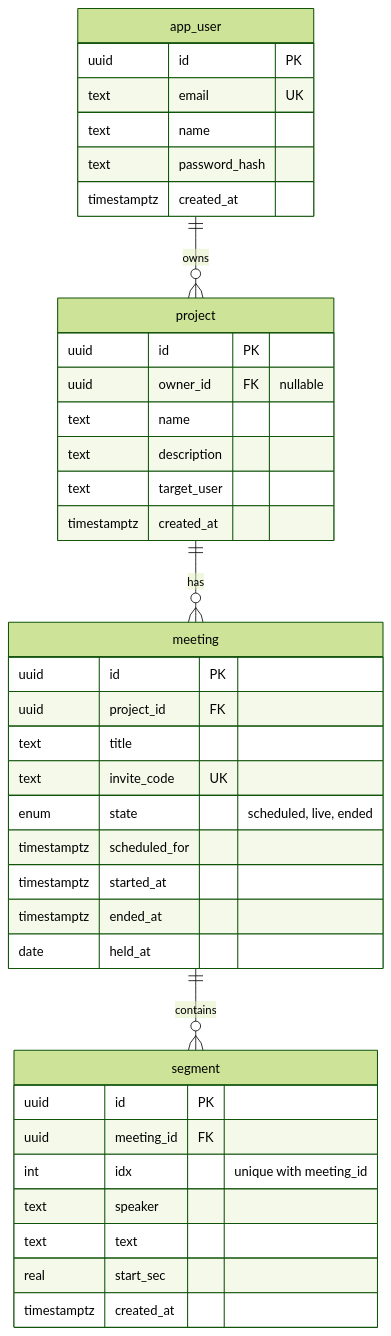
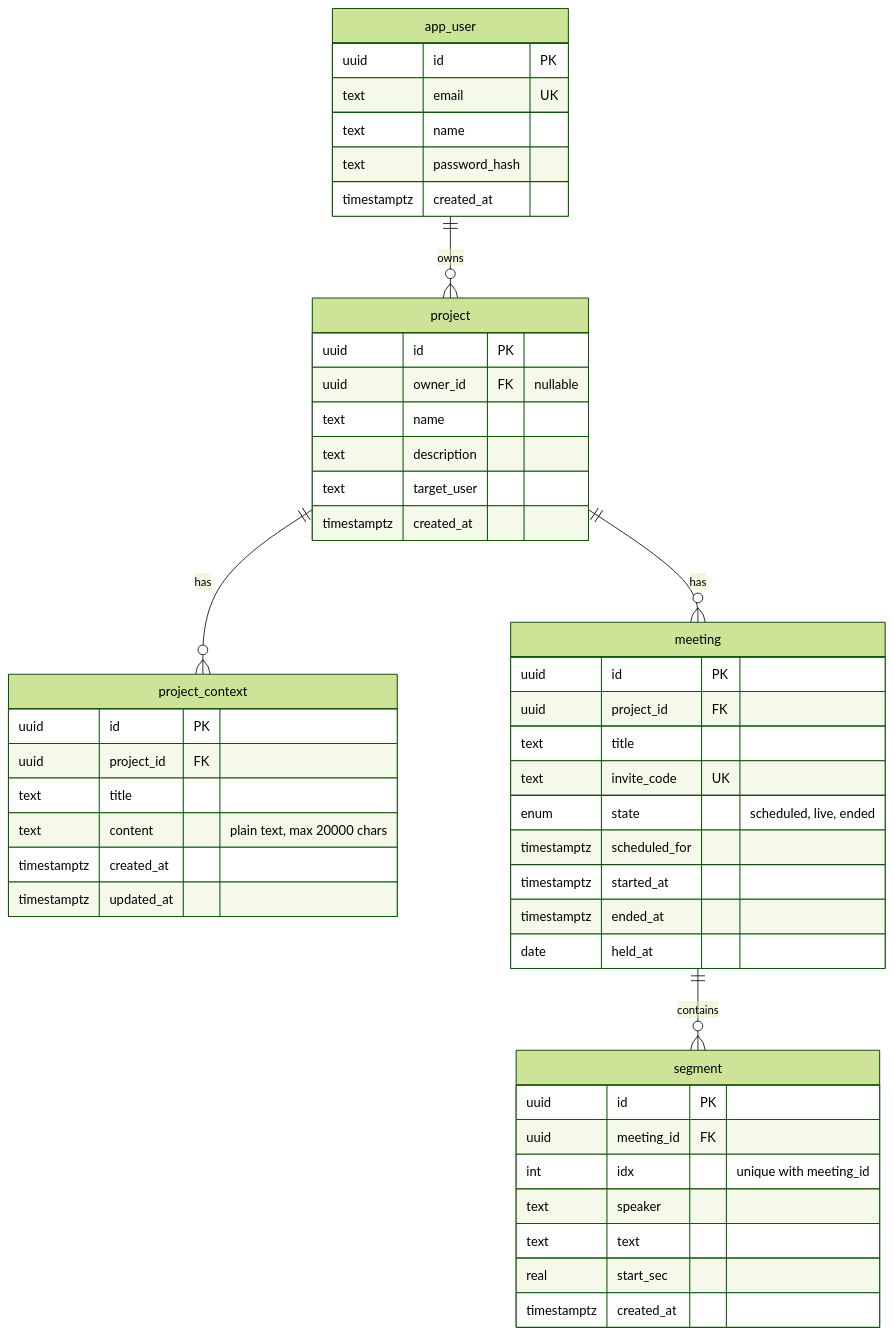
Before and after one commit to Anilkumark17/validate: the sixth of 7 diagrams in docs/architecture-diagram.md, drawn with Mermaid (forest theme). The commit also changed other lines of this file and 155 other files, not shown here.

````diff
--- a/docs/architecture-diagram.md
+++ b/docs/architecture-diagram.md
@@ -184,42 +210,51 @@
 ```mermaid
 erDiagram
     app_user ||--o{ project : owns
+    project ||--o{ project_context : has
     project ||--o{ meeting : has
     meeting ||--o{ segment : contains
 
     app_user {
         uuid id PK
         text email UK
         text name
         text password_hash
         timestamptz created_at
     }
     project {
         uuid id PK
         uuid owner_id FK "nullable"
         text name
         text description
         text target_user
         timestamptz created_at
+    }
+    project_context {
+        uuid id PK
+        uuid project_id FK
+        text title
+        text content "plain text, max 20000 chars"
+        timestamptz created_at
+        timestamptz updated_at
     }
     meeting {
         uuid id PK
         uuid project_id FK
         text title
         text invite_code UK
         enum state "scheduled, live, ended"
         timestamptz scheduled_for
         timestamptz started_at
         timestamptz ended_at
         date held_at
     }
     segment {
         uuid id PK
         uuid meeting_id FK
         int idx "unique with meeting_id"
         text speaker
         text text
         real start_sec
         timestamptz created_at
     }
 ```
````
